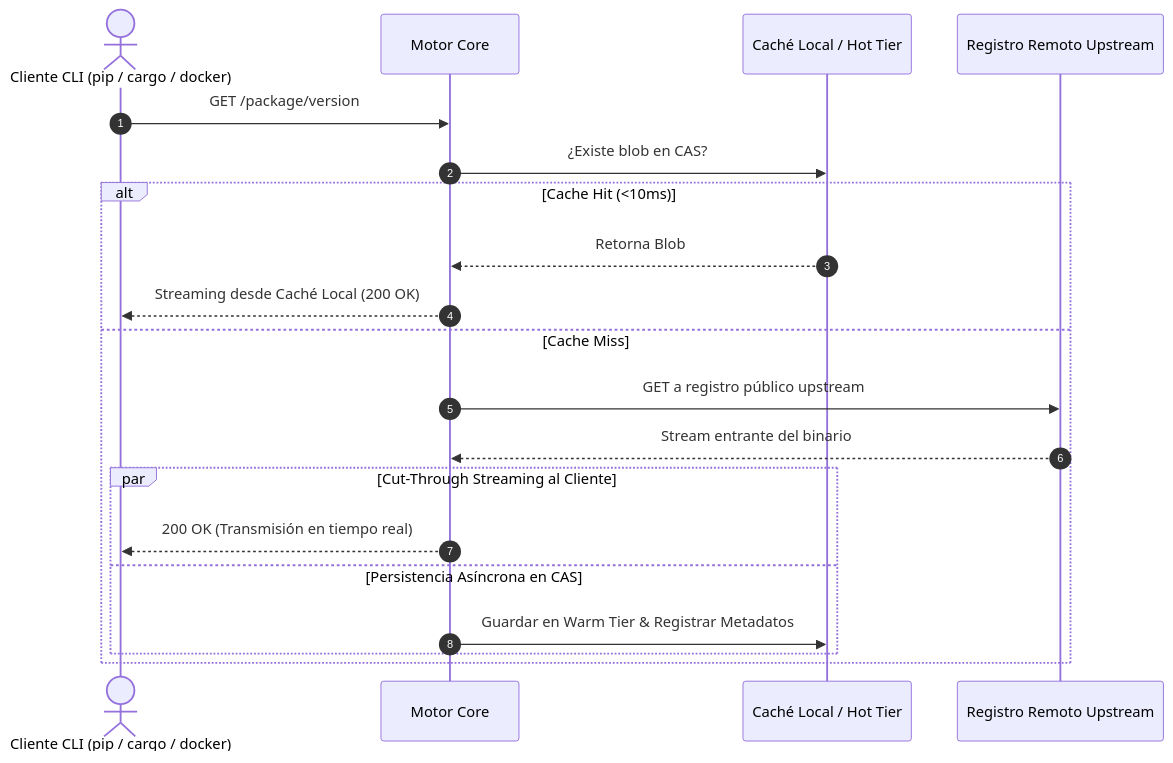
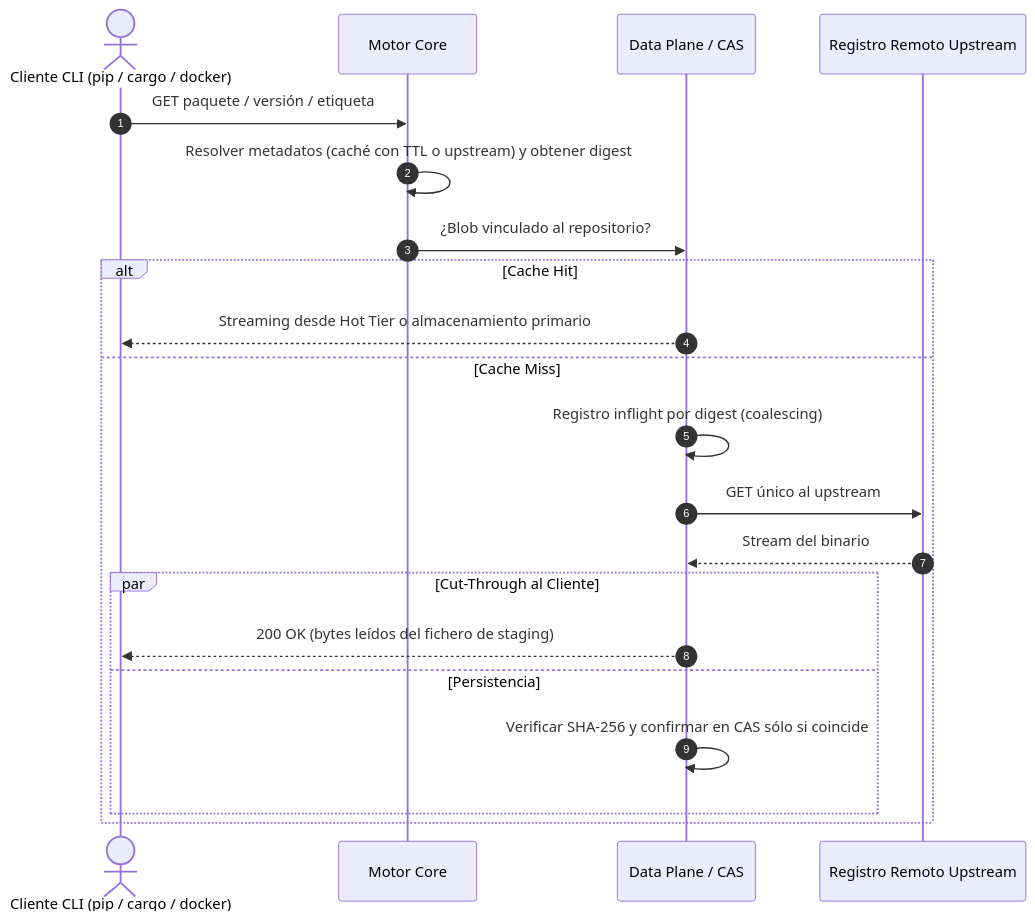
One commit to CesarAchig/Kinara-Registry changed the third of 4 diagrams in Planification/04-tipos-de-repositorios.md. Above: the diagram before and after it, drawn with Mermaid. The commit also changed other lines of this file and 10 other files, not shown here.

````diff
--- a/Planification/04-tipos-de-repositorios.md
+++ b/Planification/04-tipos-de-repositorios.md
@@ -54,23 +64,24 @@
 ```mermaid
 sequenceDiagram
     autonumber
     actor Client as Cliente CLI (pip / cargo / docker)
     participant Core as Motor Core
-    participant Cache as Caché Local / Hot Tier
+    participant Data as Data Plane / CAS
     participant Upstream as Registro Remoto Upstream
 
-    Client->>Core: GET /package/version
-    Core->>Cache: ¿Existe blob en CAS?
-    alt Cache Hit (<10ms)
-        Cache-->>Core: Retorna Blob
-        Core-->>Client: Streaming desde Caché Local (200 OK)
+    Client->>Core: GET paquete / versión / etiqueta
+    Core->>Core: Resolver metadatos (caché con TTL o upstream) y obtener digest
+    Core->>Data: ¿Blob vinculado al repositorio?
+    alt Cache Hit
+        Data-->>Client: Streaming desde Hot Tier o almacenamiento primario
     else Cache Miss
-        Core->>Upstream: GET a registro público upstream
-        Upstream-->>Core: Stream entrante del binario
-        par Cut-Through Streaming al Cliente
-            Core-->>Client: 200 OK (Transmisión en tiempo real)
-        and Persistencia Asíncrona en CAS
-            Core->>Cache: Guardar en Warm Tier & Registrar Metadatos
+        Data->>Data: Registro inflight por digest (coalescing)
+        Data->>Upstream: GET único al upstream
+        Upstream-->>Data: Stream del binario
+        par Cut-Through al Cliente
+            Data-->>Client: 200 OK (bytes leídos del fichero de staging)
+        and Persistencia
+            Data->>Data: Verificar SHA-256 y confirmar en CAS sólo si coincide
         end
     end
 ```
````
